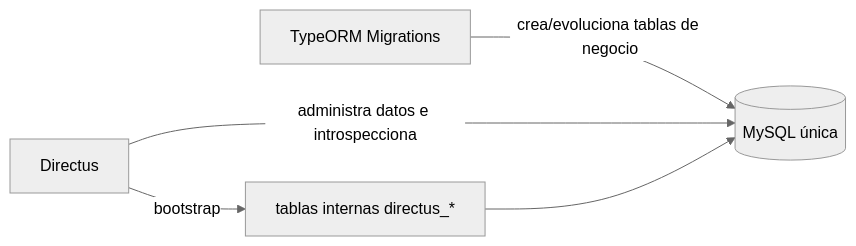
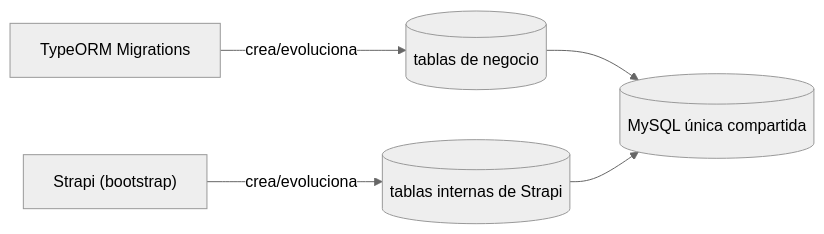
Before and after one commit to cromaticacreativa/project-cromaticacreativa-web: the ninth of 9 diagrams in docs/ARCHITECTURE.md, drawn with Mermaid (neutral theme). The commit also changed other lines of this file and 90 other files, not shown here.

````diff
--- a/docs/ARCHITECTURE.md
+++ b/docs/ARCHITECTURE.md
@@ -272,7 +281,7 @@
 ```mermaid
 flowchart LR
-    typeorm["TypeORM Migrations"] -->|"crea/evoluciona tablas de negocio"| mysql[("MySQL única")]
-    directus["Directus"] -->|"administra datos e introspecciona"| mysql
-    directus -->|"bootstrap"| internal["tablas internas directus_*"]
+    typeorm["TypeORM Migrations"] -->|"crea/evoluciona"| business[("tablas de negocio")]
+    strapi["Strapi (bootstrap)"] -->|"crea/evoluciona"| internal[("tablas internas de Strapi")]
+    business --> mysql[("MySQL única compartida")]
     internal --> mysql
 ```
````
